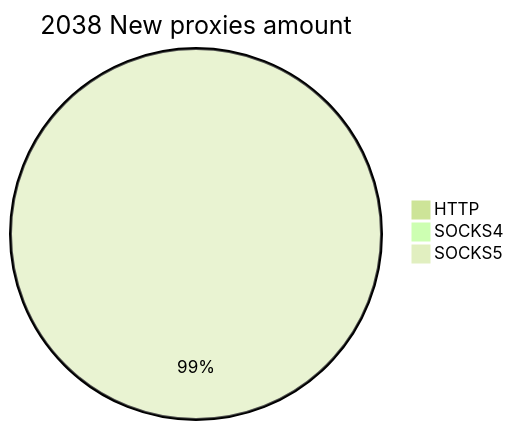
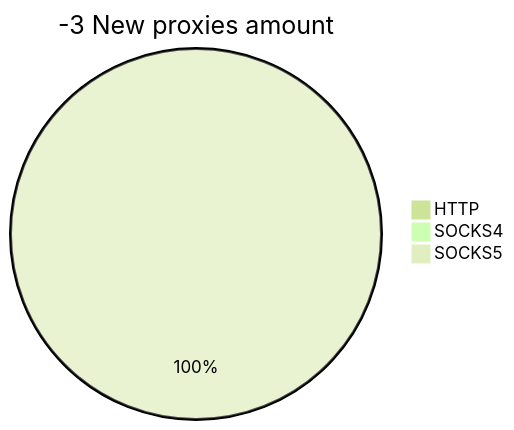
The second of 2 diagrams in README.md (cutipu/proxylist), drawn with Mermaid (forest theme) before and after one commit. The commit also changed other lines of this file, not shown here.

````diff
--- a/README.md
+++ b/README.md
@@ -10,6 +10,6 @@
 ```mermaid
-pie title 2038 New proxies amount
-    "HTTP" : 11
+pie title -3 New proxies amount
+    "HTTP" : 0
     "SOCKS4" : 0
-    "SOCKS5" : 2045
+    "SOCKS5" : 4
 ```
````
